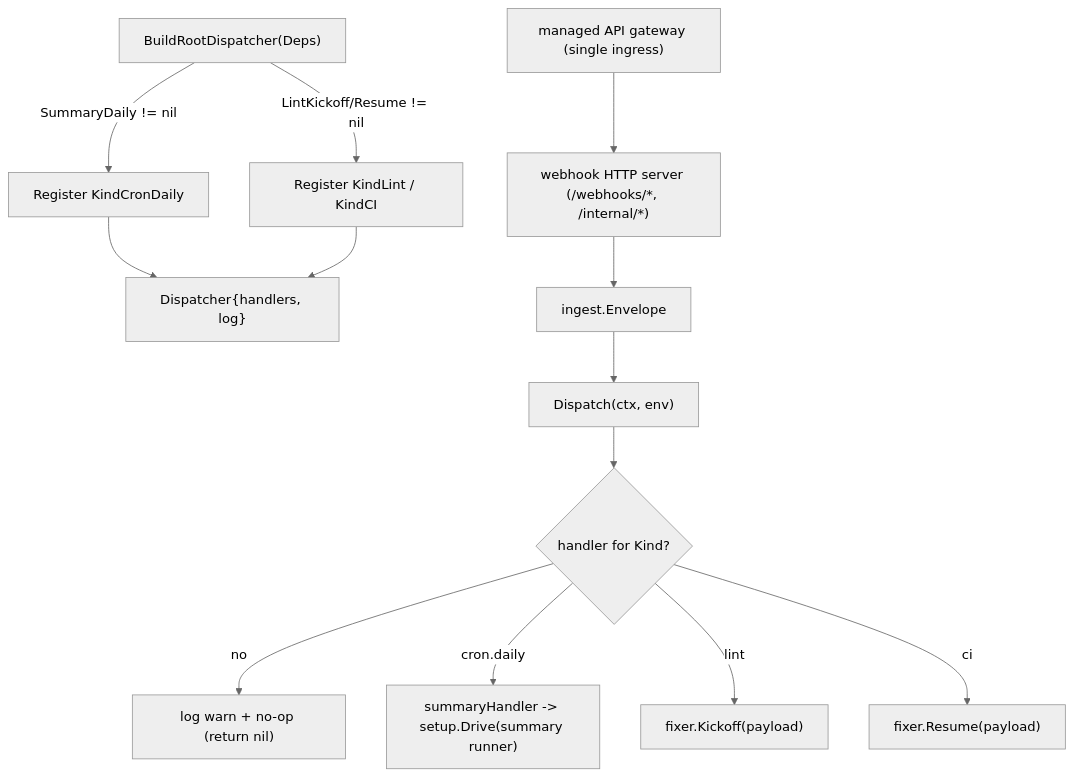
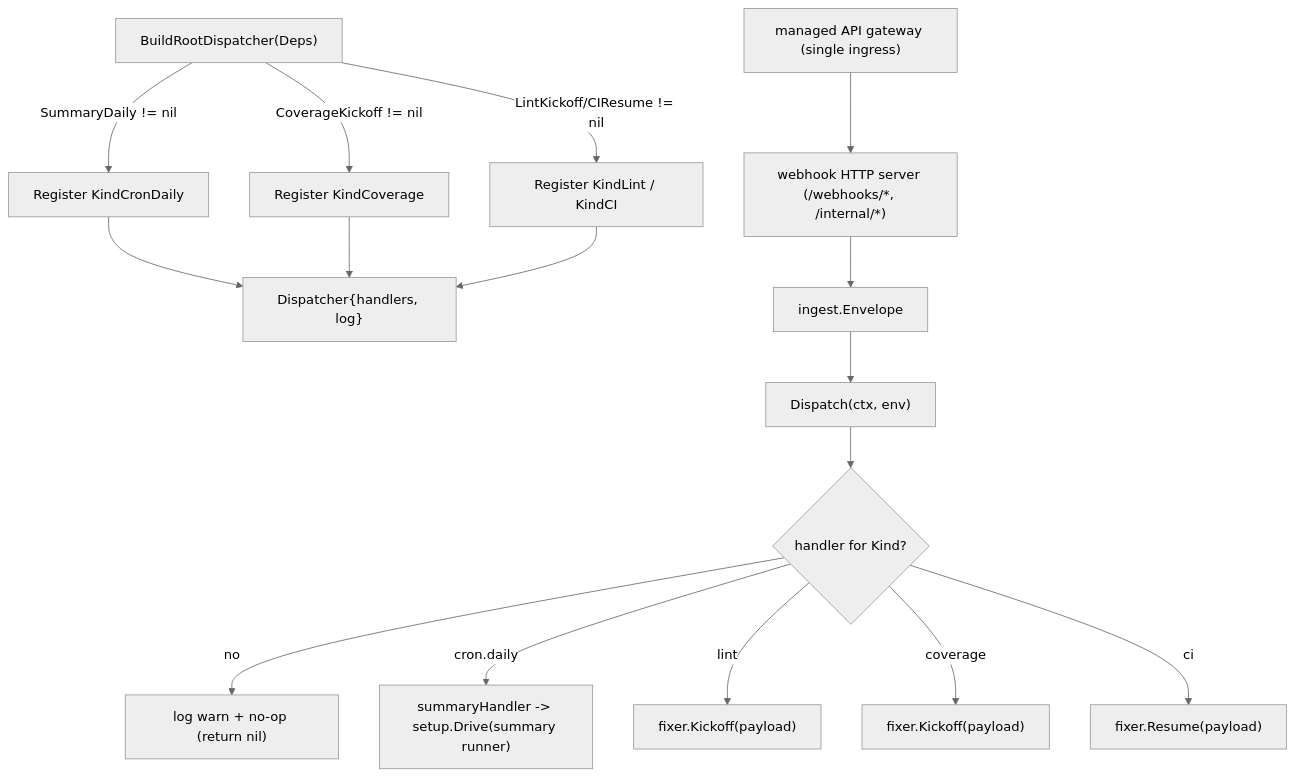
The diagram in go/internal/agent/root/AGENTS.md (jkjamies/automation-agent), drawn with Mermaid (neutral theme) before and after one commit. The commit also changed other lines of this file and 8 other files, not shown here.

First line of the commit message:
Address CodeRabbit review on PR #7: coverage docs, unreachable-digest warning, cmd lint

````diff
--- a/go/internal/agent/root/AGENTS.md
+++ b/go/internal/agent/root/AGENTS.md
@@ -7,15 +7,18 @@
 ```mermaid
 flowchart TD
     Build["BuildRootDispatcher(Deps)"] -->|"SummaryDaily != nil"| RegC["Register KindCronDaily"]
-    Build -->|"LintKickoff/Resume != nil"| RegL["Register KindLint / KindCI"]
+    Build -->|"CoverageKickoff != nil"| RegCov["Register KindCoverage"]
+    Build -->|"LintKickoff/CIResume != nil"| RegL["Register KindLint / KindCI"]
     RegC --> D["Dispatcher{handlers, log}"]
+    RegCov --> D
     RegL --> D
     GW["managed API gateway (single ingress)"] --> Ing["webhook HTTP server (/webhooks/*, /internal/*)"]
     Ing --> Env["ingest.Envelope"]
     Env --> Disp["Dispatch(ctx, env)"]
     Disp --> M{"handler for Kind?"}
     M -->|no| Warn["log warn + no-op (return nil)"]
     M -->|"cron.daily"| Sum["summaryHandler -> setup.Drive(summary runner)"]
     M -->|lint| LK["fixer.Kickoff(payload)"]
+    M -->|coverage| CK["fixer.Kickoff(payload)"]
     M -->|ci| LR["fixer.Resume(payload)"]
 ```
````
